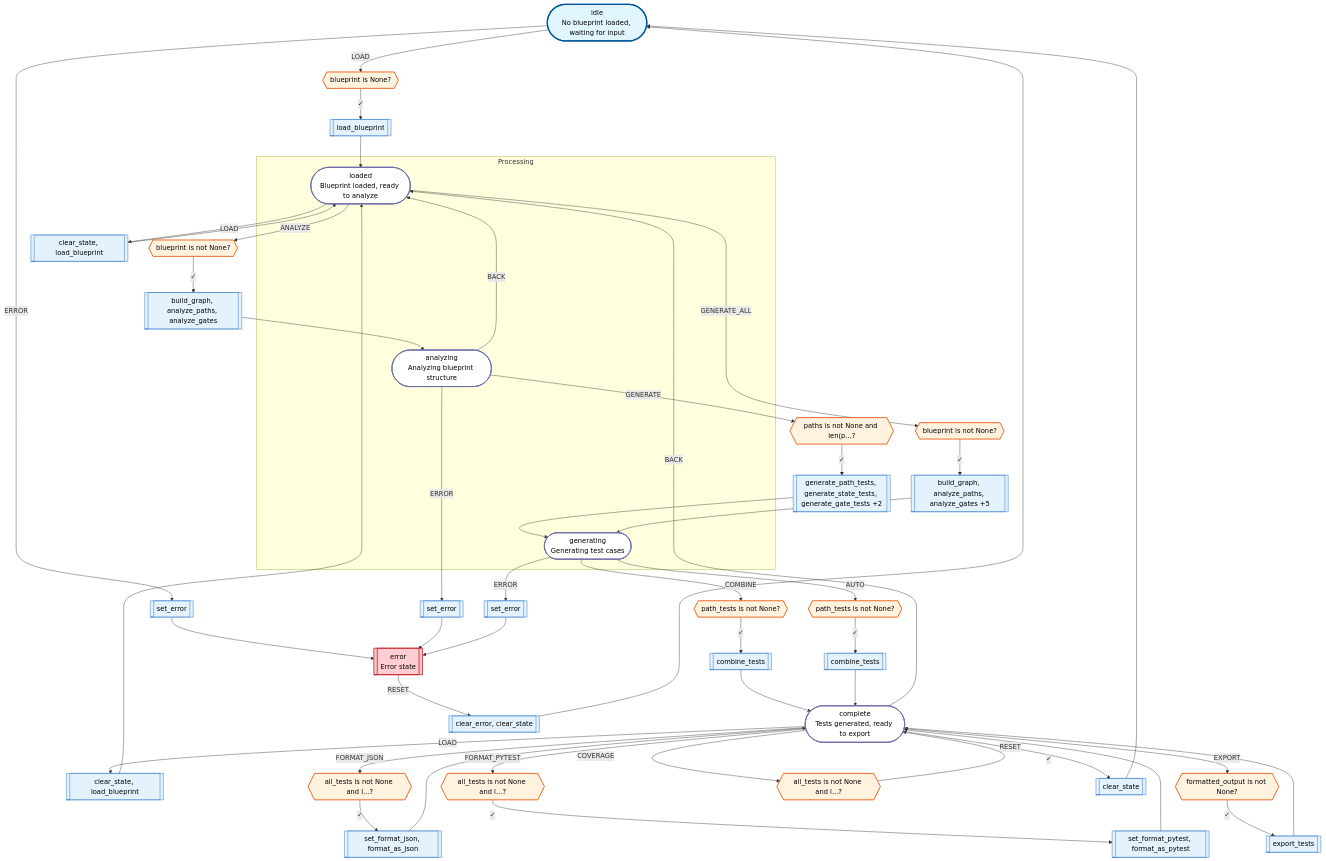
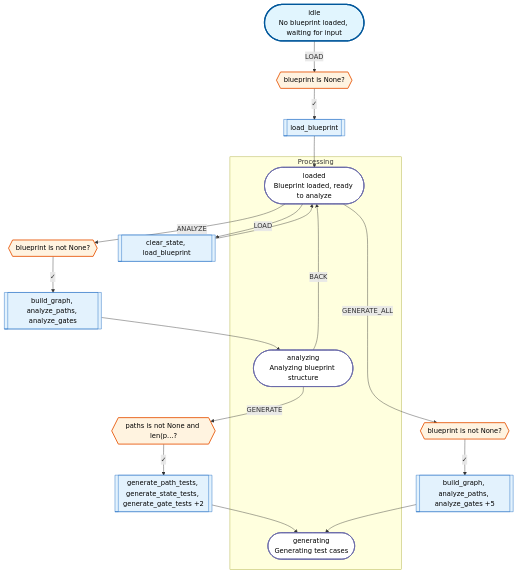
The diagram in utils/test_generator/results/test_generator.mmd (rhCat/lpp), drawn with Mermaid before and after one commit. The commit also changed 253 other files, not shown here.

```diff
--- a/utils/test_generator/results/test_generator.mmd
+++ b/utils/test_generator/results/test_generator.mmd
@@ -1,91 +1,42 @@
 flowchart TD
     %% L++ Logic CAD: L++ Test Case Generator
         state_idle(["idle<br>No blueprint loaded, waiting for input"]):::entry
     subgraph Processing
         state_loaded(["loaded<br>Blueprint loaded, ready to analyze"]):::state
         state_analyzing(["analyzing<br>Analyzing blueprint structure"]):::state
         state_generating(["generating<br>Generating test cases"]):::state
     end
-        state_complete(["complete<br>Tests generated, ready to export"]):::state
-        state_error[["error<br>Error state"]]:::errorState
 
     %% Transitions
     gate_t0s0{{"blueprint is None?"}}:::gate
     state_idle -- "LOAD" --> gate_t0s0
     act_t0s0[["load_blueprint"]]:::action
     gate_t0s0 -- ✓ --> act_t0s0
     act_t0s0 --> state_loaded
     act_t1s0[["clear_state, load_blueprint"]]:::action
     state_loaded -- "LOAD" --> act_t1s0
     act_t1s0 --> state_loaded
-    act_t2s0[["clear_state, load_blueprint"]]:::action
-    state_complete -- "LOAD" --> act_t2s0
-    act_t2s0 --> state_loaded
     gate_t3s0{{"blueprint is not None?"}}:::gate
     state_loaded -- "ANALYZE" --> gate_t3s0
     act_t3s0[["build_graph, analyze_paths, analyze_gates"]]:::action
     gate_t3s0 -- ✓ --> act_t3s0
     act_t3s0 --> state_analyzing
     gate_t4s0{{"paths is not None and len(p...?"}}:::gate
     state_analyzing -- "GENERATE" --> gate_t4s0
     act_t4s0[["generate_path_tests, generate_state_tests, generate_gate_tests +2"]]:::action
     gate_t4s0 -- ✓ --> act_t4s0
     act_t4s0 --> state_generating
     gate_t5s0{{"blueprint is not None?"}}:::gate
     state_loaded -- "GENERATE_ALL" --> gate_t5s0
     act_t5s0[["build_graph, analyze_paths, analyze_gates +5"]]:::action
     gate_t5s0 -- ✓ --> act_t5s0
     act_t5s0 --> state_generating
-    gate_t6s0{{"path_tests is not None?"}}:::gate
-    state_generating -- "COMBINE" --> gate_t6s0
-    act_t6s0[["combine_tests"]]:::action
-    gate_t6s0 -- ✓ --> act_t6s0
-    act_t6s0 --> state_complete
-    gate_t7s0{{"path_tests is not None?"}}:::gate
-    state_generating -- "AUTO" --> gate_t7s0
-    act_t7s0[["combine_tests"]]:::action
-    gate_t7s0 -- ✓ --> act_t7s0
-    act_t7s0 --> state_complete
-    gate_t8s0{{"all_tests is not None and l...?"}}:::gate
-    state_complete -- "FORMAT_JSON" --> gate_t8s0
-    act_t8s0[["set_format_json, format_as_json"]]:::action
-    gate_t8s0 -- ✓ --> act_t8s0
-    act_t8s0 --> state_complete
-    gate_t9s0{{"all_tests is not None and l...?"}}:::gate
-    state_complete -- "FORMAT_PYTEST" --> gate_t9s0
-    act_t9s0[["set_format_pytest, format_as_pytest"]]:::action
-    gate_t9s0 -- ✓ --> act_t9s0
-    act_t9s0 --> state_complete
-    gate_t10s0{{"formatted_output is not None?"}}:::gate
-    state_complete -- "EXPORT" --> gate_t10s0
-    act_t10s0[["export_tests"]]:::action
-    gate_t10s0 -- ✓ --> act_t10s0
-    act_t10s0 --> state_complete
-    gate_t11s0{{"all_tests is not None and l...?"}}:::gate
-    state_complete -- "COVERAGE" --> gate_t11s0
-    gate_t11s0 -- ✓ --> state_complete
-    act_t12s0[["clear_state"]]:::action
-    state_complete -- "RESET" --> act_t12s0
-    act_t12s0 --> state_idle
-    act_t13s0[["clear_error, clear_state"]]:::action
-    state_error -- "RESET" --> act_t13s0
-    act_t13s0 --> state_idle
-    act_t14s0[["set_error"]]:::action
-    state_idle -- "ERROR" --> act_t14s0
-    act_t14s0 --> state_error
-    act_t15s0[["set_error"]]:::action
-    state_analyzing -- "ERROR" --> act_t15s0
-    act_t15s0 --> state_error
-    act_t16s0[["set_error"]]:::action
-    state_generating -- "ERROR" --> act_t16s0
-    act_t16s0 --> state_error
     state_analyzing -- "BACK" --> state_loaded
-    state_complete -- "BACK" --> state_loaded
 
     %% Styling - ALL shapes have explicit fill and black text
     classDef entry fill:#e1f5fe,stroke:#01579b,stroke-width:3px,color:#000
     classDef terminal fill:#c8e6c9,stroke:#2e7d32,stroke-width:3px,color:#000
     classDef errorState fill:#ffcdd2,stroke:#c62828,stroke-width:2px,color:#000
     classDef state fill:#ffffff,stroke:#6a6aaa,stroke-width:2px,color:#000
     classDef gate fill:#fff3e0,stroke:#e65100,stroke-width:2px,color:#000
     classDef action fill:#e3f2fd,stroke:#1565c0,stroke-width:1px,color:#000
```
